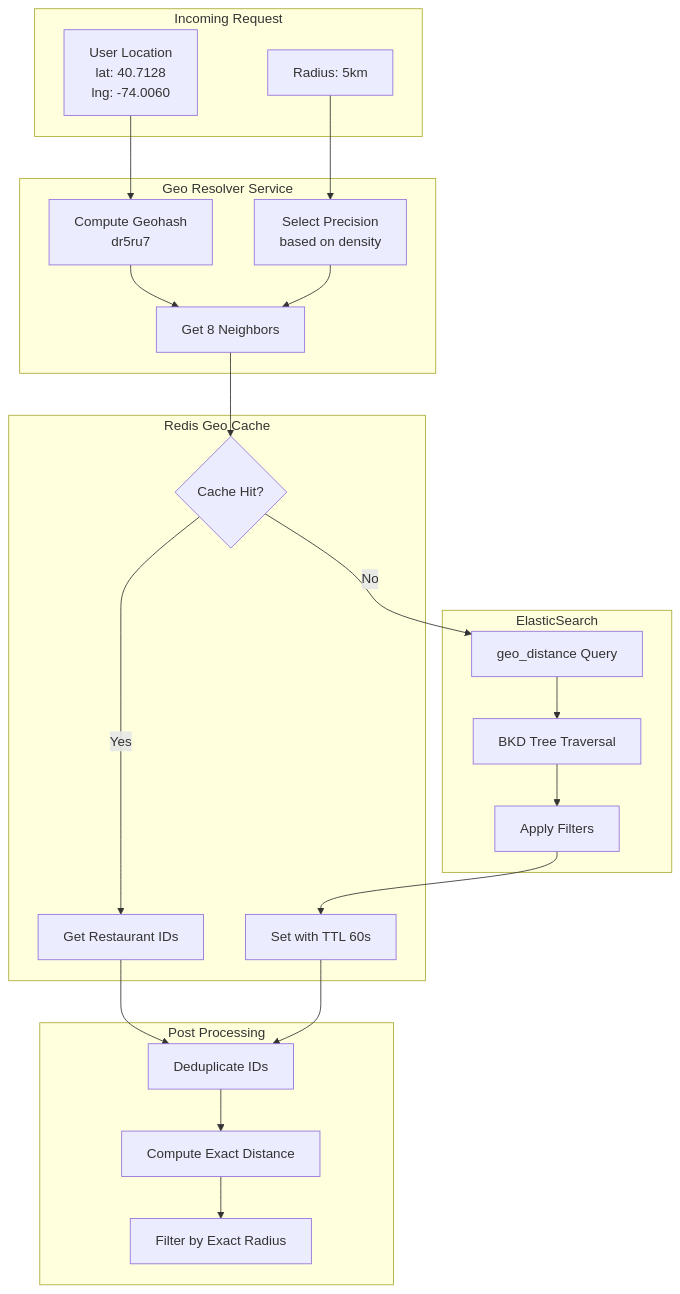
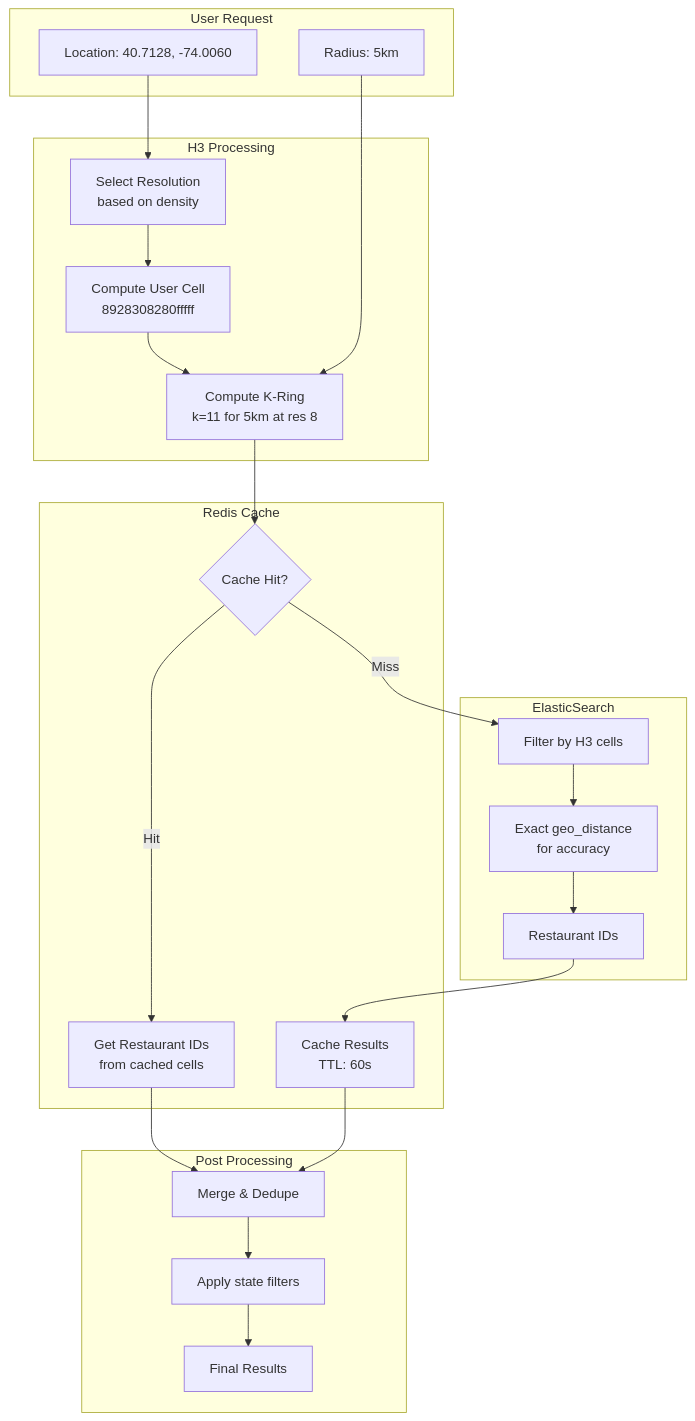
The diagram in uber-eats-feed-design/spatial-indexing.md (bindian0509/system-design), drawn with Mermaid before and after one commit. The commit also changed other lines of this file and 4 other files, not shown here.

````diff
--- a/uber-eats-feed-design/spatial-indexing.md
+++ b/uber-eats-feed-design/spatial-indexing.md
@@ -472,46 +679,41 @@
 ```mermaid
 flowchart TB
-    subgraph Request [Incoming Request]
-        Loc[User Location<br/>lat: 40.7128<br/>lng: -74.0060]
-        Radius[Radius: 5km]
+    subgraph Input [User Request]
+        Loc["Location: 40.7128, -74.0060"]
+        Radius["Radius: 5km"]
     end
 
-    subgraph GeoResolver [Geo Resolver Service]
-        HashCalc[Compute Geohash<br/>dr5ru7]
-        Neighbors[Get 8 Neighbors]
-        PrecisionSelect[Select Precision<br/>based on density]
+    subgraph H3Layer [H3 Processing]
+        Resolution[Select Resolution<br/>based on density]
+        Cell[Compute User Cell<br/>8928308280fffff]
+        KRing[Compute K-Ring<br/>k=11 for 5km at res 8]
     end
 
-    subgraph Cache [Redis Geo Cache]
+    subgraph Cache [Redis Cache]
         CacheCheck{Cache Hit?}
-        CacheGet[Get Restaurant IDs]
-        CacheSet[Set with TTL 60s]
+        CacheGet[Get Restaurant IDs<br/>from cached cells]
+        CacheSet[Cache Results<br/>TTL: 60s]
     end
 
     subgraph ES [ElasticSearch]
-        GeoQuery[geo_distance Query]
-        Filter[Apply Filters]
-        BKD[BKD Tree Traversal]
+        H3Filter[Filter by H3 cells]
+        GeoDistance[Exact geo_distance<br/>for accuracy]
+        ESResults[Restaurant IDs]
     end
 
     subgraph PostProcess [Post Processing]
-        Dedup[Deduplicate IDs]
-        Distance[Compute Exact Distance]
-        RadiusFilter[Filter by Exact Radius]
+        Merge[Merge & Dedupe]
+        Filter[Apply state filters]
+        Output[Final Results]
     end
 
-    Loc --> HashCalc
-    Radius --> PrecisionSelect
-    HashCalc --> Neighbors
-    PrecisionSelect --> Neighbors
-    Neighbors --> CacheCheck
+    Loc --> Resolution --> Cell --> KRing
+    Radius --> KRing
 
-    CacheCheck -->|Yes| CacheGet
-    CacheCheck -->|No| GeoQuery
+    KRing --> CacheCheck
+    CacheCheck -->|Hit| CacheGet --> Merge
+    CacheCheck -->|Miss| H3Filter --> GeoDistance --> ESResults
+    ESResults --> CacheSet --> Merge
 
-    GeoQuery --> BKD --> Filter --> CacheSet
-    CacheGet --> Dedup
-    CacheSet --> Dedup
-
-    Dedup --> Distance --> RadiusFilter
+    Merge --> Filter --> Output
 ```
````
